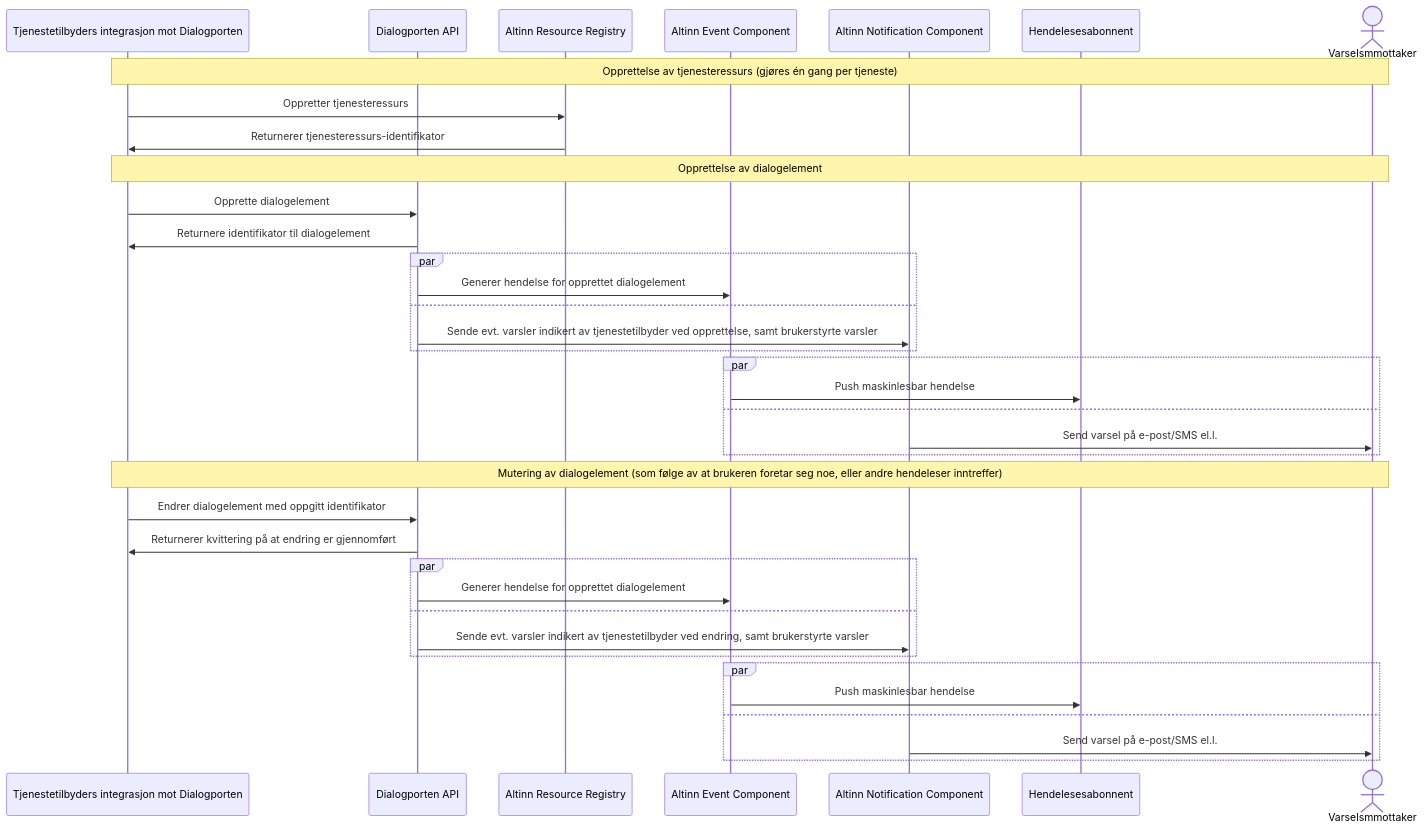
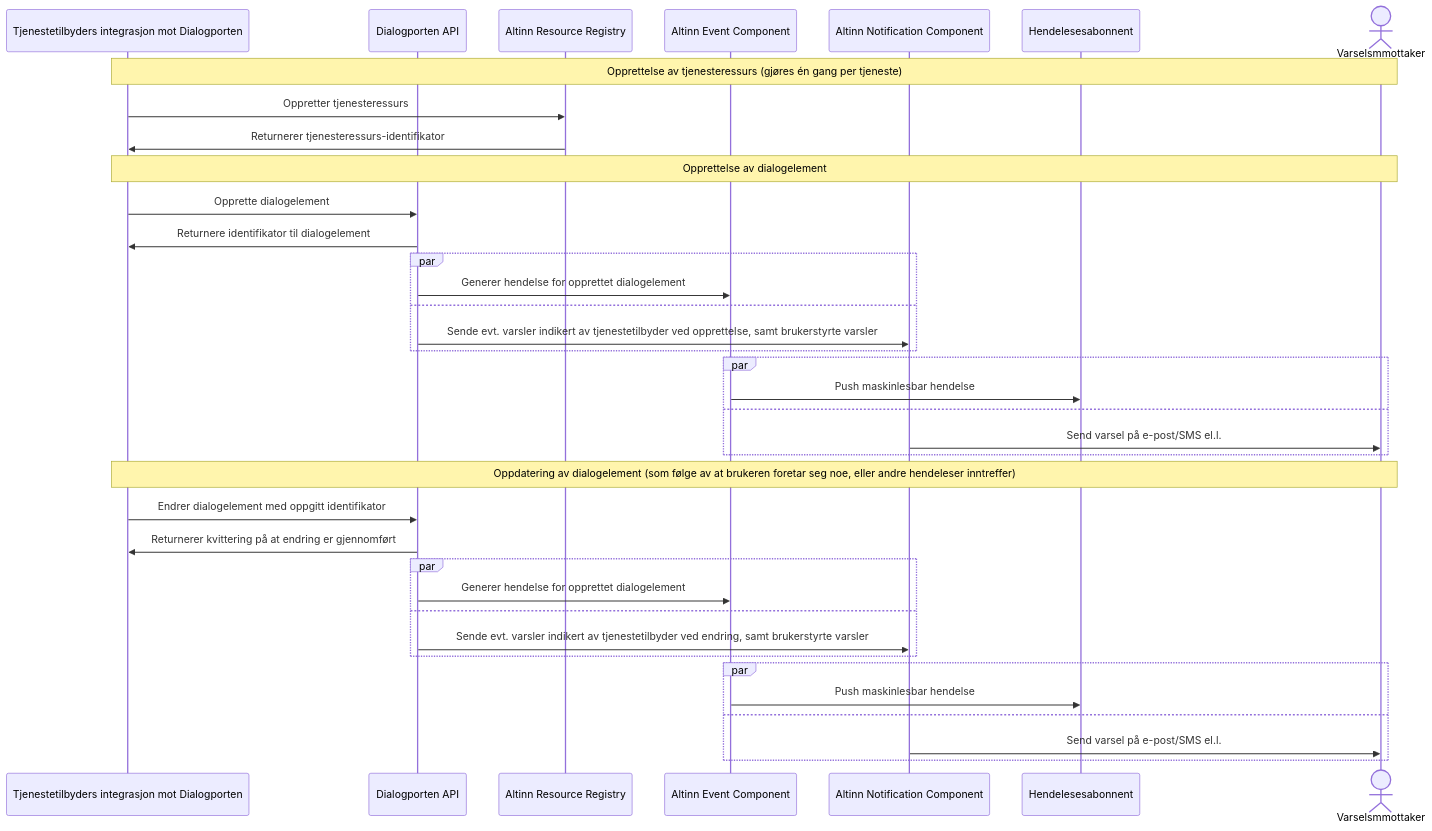
Before and after one commit to elsand/elsand.github.io: the first of 6 diagrams in dialogporten.md, drawn with Mermaid.

Commit message:
Change wording (#19)

````diff
--- a/dialogporten.md
+++ b/dialogporten.md
@@ -208,42 +208,42 @@
 ```mermaid!
 sequenceDiagram
     participant TE as Tjenestetilbyders integrasjon mot Dialogporten
     participant API as Dialogporten API
     participant ARR as Altinn Resource Registry
     participant EVT as Altinn Event Component
     participant NOT as Altinn Notification Component
     participant EVTRCPT as Hendelesesabonnent
     actor NOTRCPT as Varselsmmottaker
 
 note over TE,NOTRCPT: Opprettelse av tjenesteressurs (gjøres én gang per tjeneste)
 TE->>ARR: Oppretter tjenesteressurs
 ARR->>TE: Returnerer tjenesteressurs-identifikator
 note over TE,NOTRCPT: Opprettelse av dialogelement
 TE->>API: Opprette dialogelement
 API->>TE: Returnere identifikator til dialogelement
 par
     API->>EVT: Generer hendelse for opprettet dialogelement
     and
     API->>NOT: Sende evt. varsler indikert av tjenestetilbyder ved opprettelse, samt brukerstyrte varsler
 end
 par
     EVT->>EVTRCPT: Push maskinlesbar hendelse
     and
     NOT->>NOTRCPT: Send varsel på e-post/SMS el.l.
 end
 
-note over TE,NOTRCPT: Mutering av dialogelement (som følge av at brukeren foretar seg noe, eller andre hendeleser inntreffer)
+note over TE,NOTRCPT: Oppdatering av dialogelement (som følge av at brukeren foretar seg noe, eller andre hendeleser inntreffer)
 
 TE->>API: Endrer dialogelement med oppgitt identifikator
 API->>TE: Returnerer kvittering på at endring er gjennomført
 par
     API->>EVT: Generer hendelse for opprettet dialogelement
     and
     API->>NOT: Sende evt. varsler indikert av tjenestetilbyder ved endring, samt brukerstyrte varsler
 end
 par
     EVT->>EVTRCPT: Push maskinlesbar hendelse
     and
     NOT->>NOTRCPT: Send varsel på e-post/SMS el.l.
 end
 ```
````
